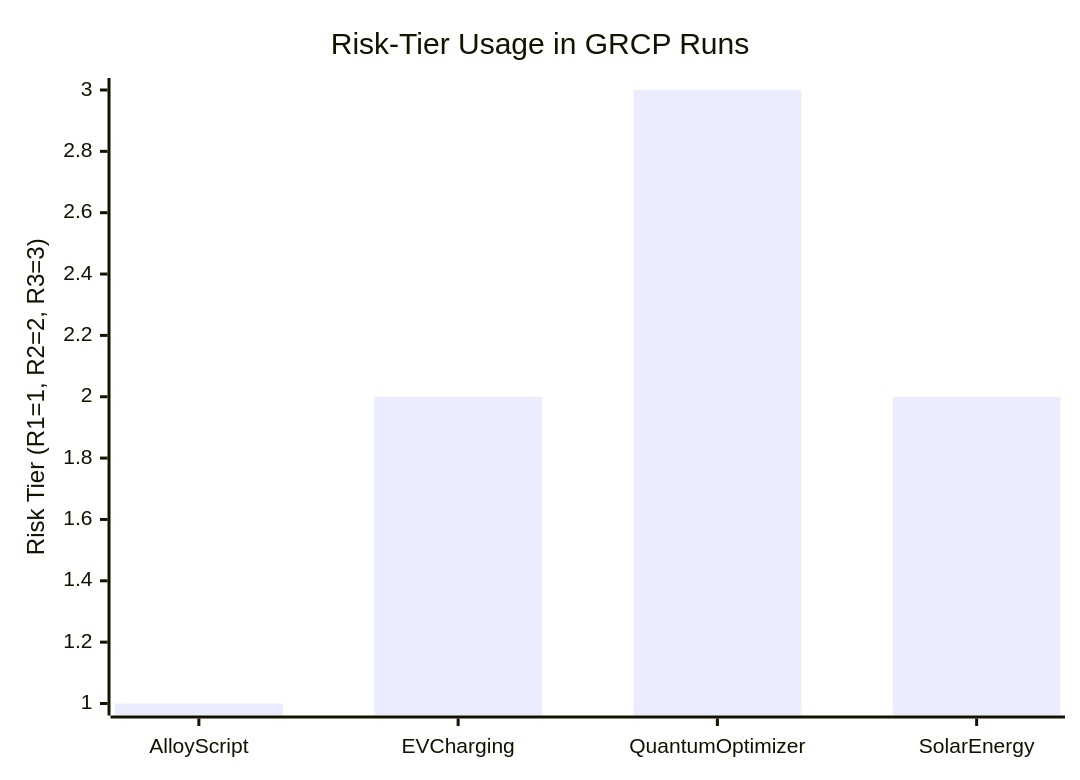
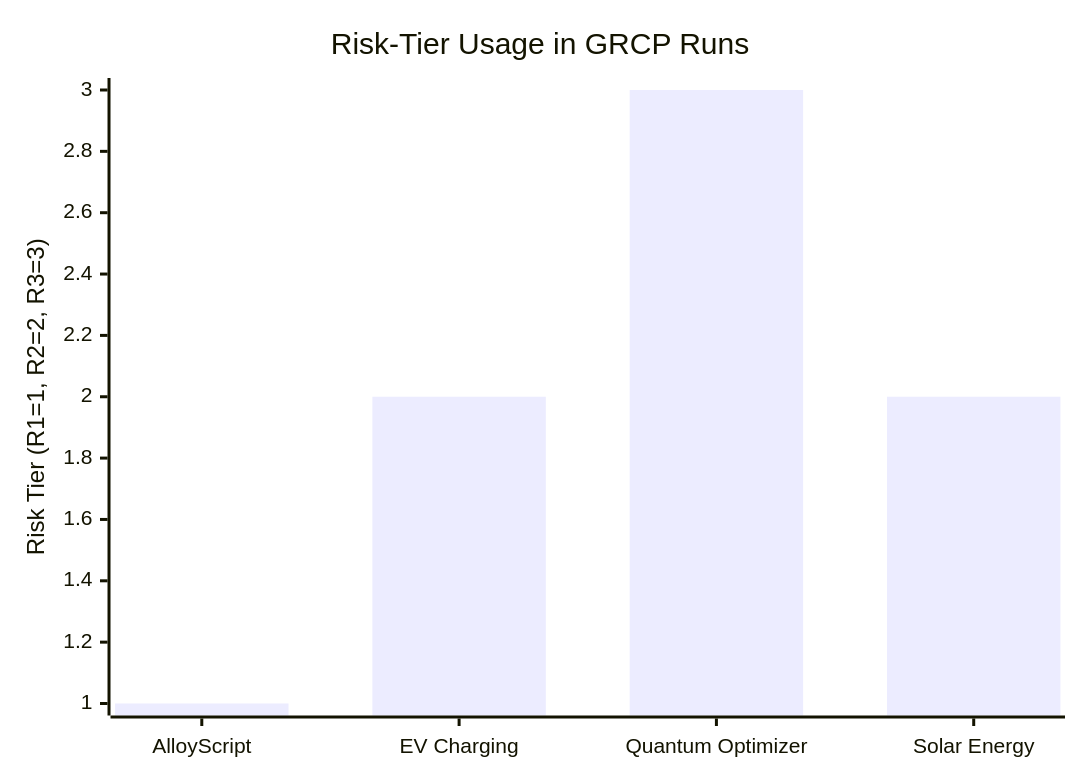
The fifth of 5 diagrams in Charts.md (lazyxeon/Genesis-Code-Protocol), drawn with Mermaid before and after one commit. The commit also changed other lines of this file, not shown here.

````diff
--- a/Charts.md
+++ b/Charts.md
@@ -104,7 +104,7 @@
 ```mermaid
 xychart-beta
     title "Risk-Tier Usage in GRCP Runs"
-    x-axis [AlloyScript, EV Charging, Quantum Optimizer, Solar Energy]
+    x-axis ["AlloyScript", "EV Charging", "Quantum Optimizer", "Solar Energy"]
     y-axis "Risk Tier (R1=1, R2=2, R3=3)" 1 --> 3
     bar [1, 2, 3, 2]
 ```
````
